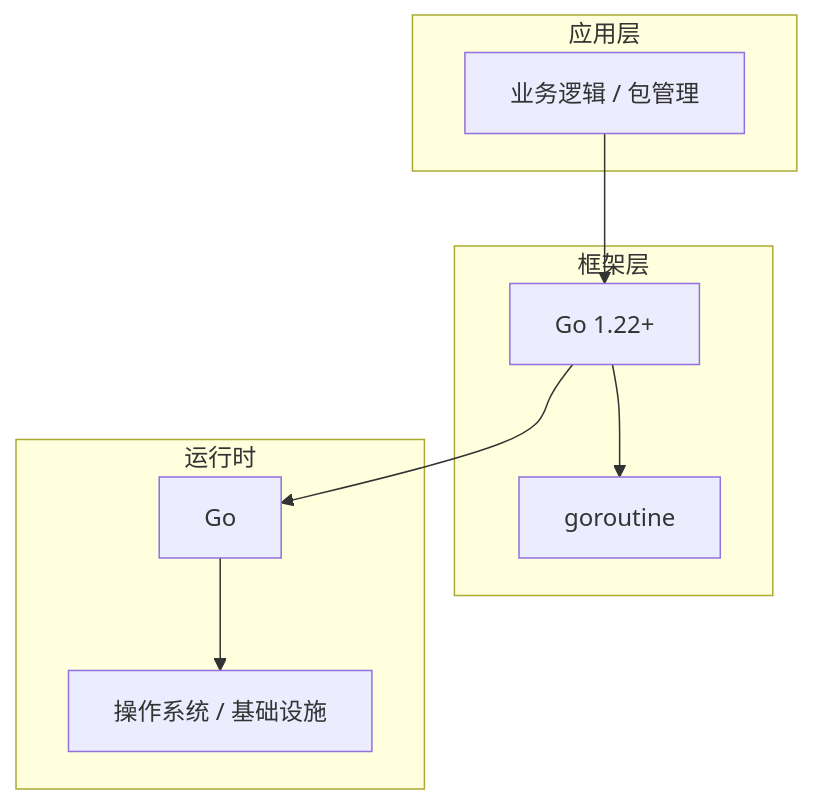
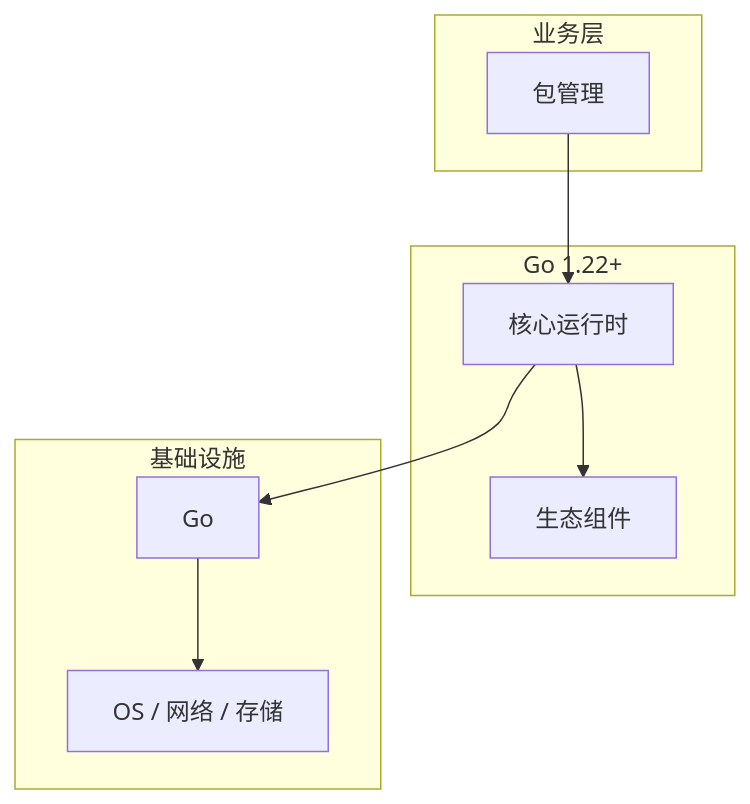
The diagram in articles/Go语言/chapters/079-包管理核心概念与原理.md (yanggan2015/knowledge-json-v2), drawn with Mermaid before and after one commit. The commit also changed other lines of this file and 10127 other files, not shown here.

````diff
--- a/articles/Go语言/chapters/079-包管理核心概念与原理.md
+++ b/articles/Go语言/chapters/079-包管理核心概念与原理.md
@@ -45,18 +34,18 @@
 ```mermaid
 graph TB
-    subgraph 应用层
-        A[业务逻辑 / 包管理]
+    subgraph 业务层
+        A[包管理]
     end
-    subgraph 框架层
-        B[Go 1.22+]
-        C[goroutine]
+    subgraph Go 1.22+
+        B[核心运行时]
+        C[生态组件]
     end
-    subgraph 运行时
+    subgraph 基础设施
         D[Go]
-        E[操作系统 / 基础设施]
+        E[OS / 网络 / 存储]
     end
     A --> B
     B --> C
     B --> D
     D --> E
 ```
````
